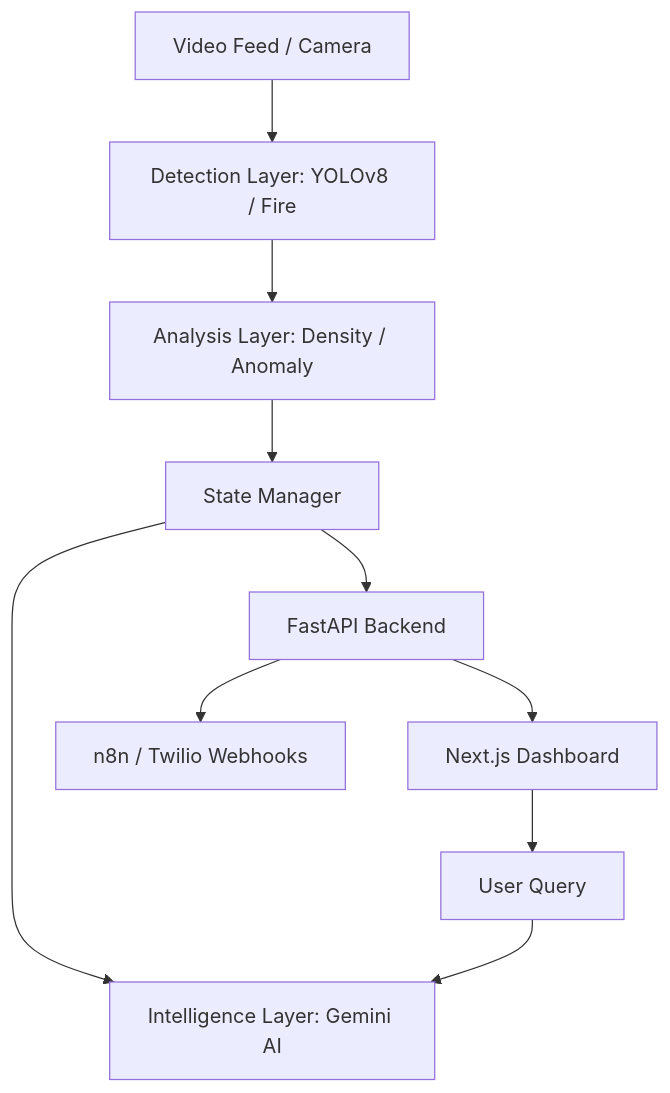
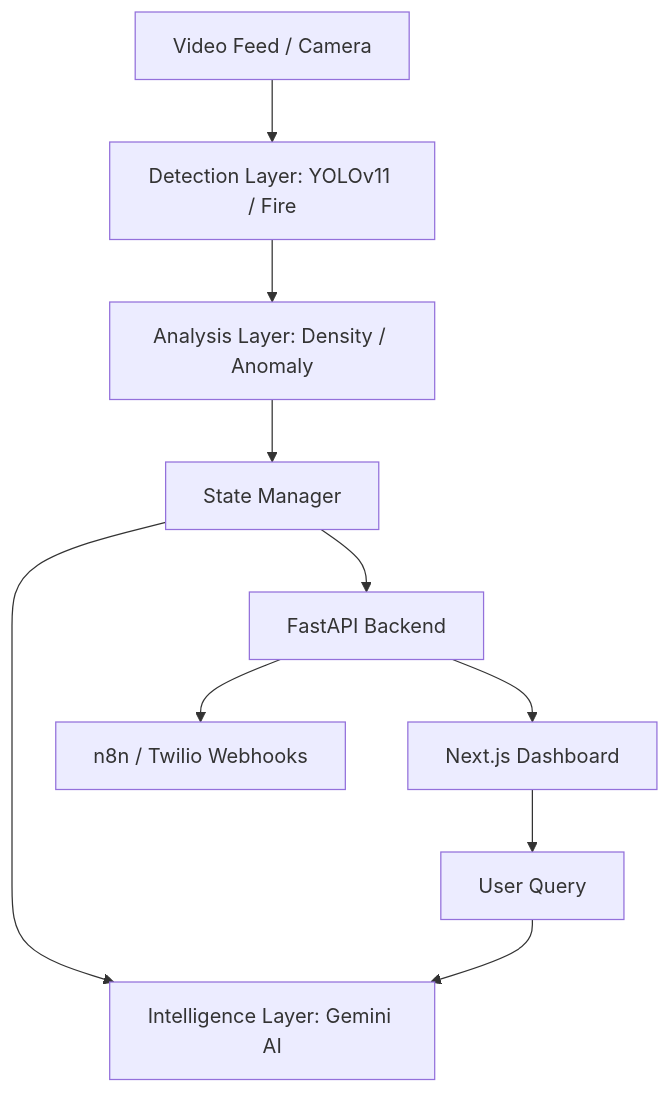
Before and after one commit to rushangchandekar/Project-Drishti: the diagram in README.md, drawn with Mermaid. The commit also changed other lines of this file and 48 other files, not shown here.

````diff
--- a/README.md
+++ b/README.md
@@ -30,12 +30,12 @@
 ```mermaid
 graph TD
-    V[Video Feed / Camera] --> D[Detection Layer: YOLOv8 / Fire]
+    V[Video Feed / Camera] --> D[Detection Layer: YOLOv11 / Fire]
     D --> A[Analysis Layer: Density / Anomaly]
     A --> S[State Manager]
     S --> G[Intelligence Layer: Gemini AI]
     S --> F[FastAPI Backend]
     F --> W[n8n / Twilio Webhooks]
     F --> UI[Next.js Dashboard]
     UI --> Q[User Query]
     Q --> G
 ```
````
